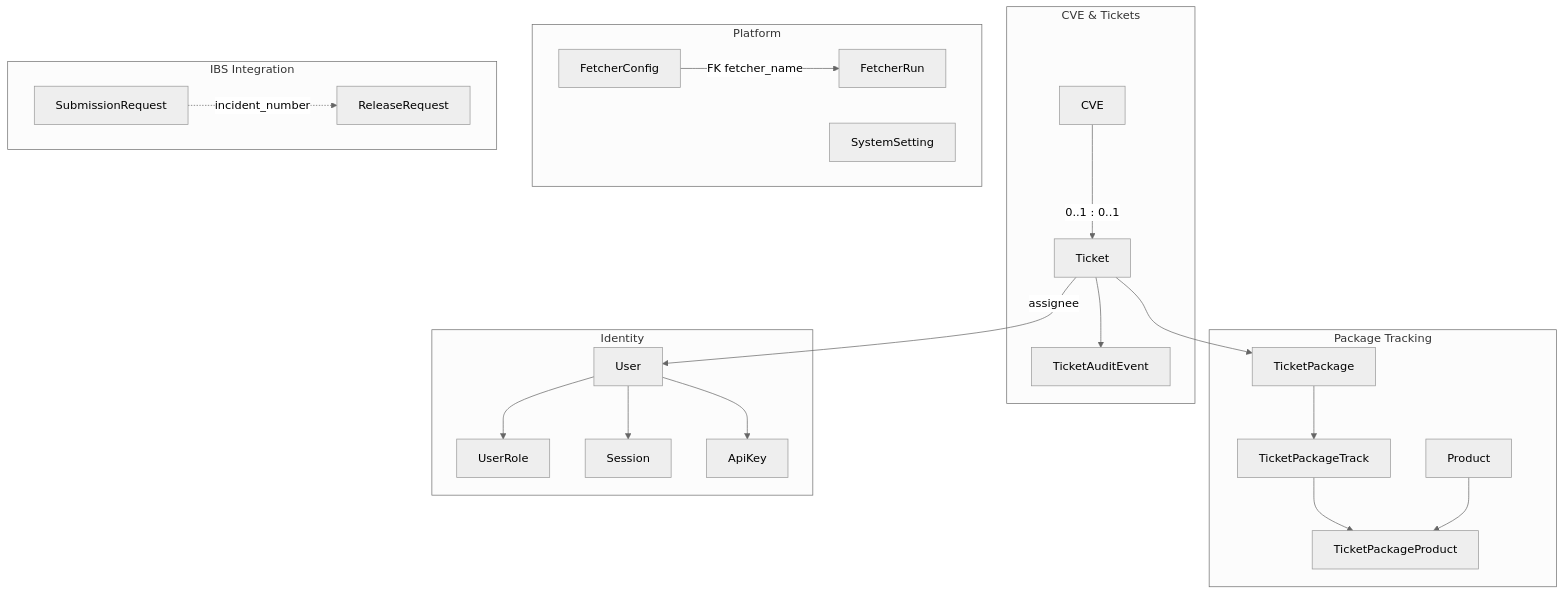
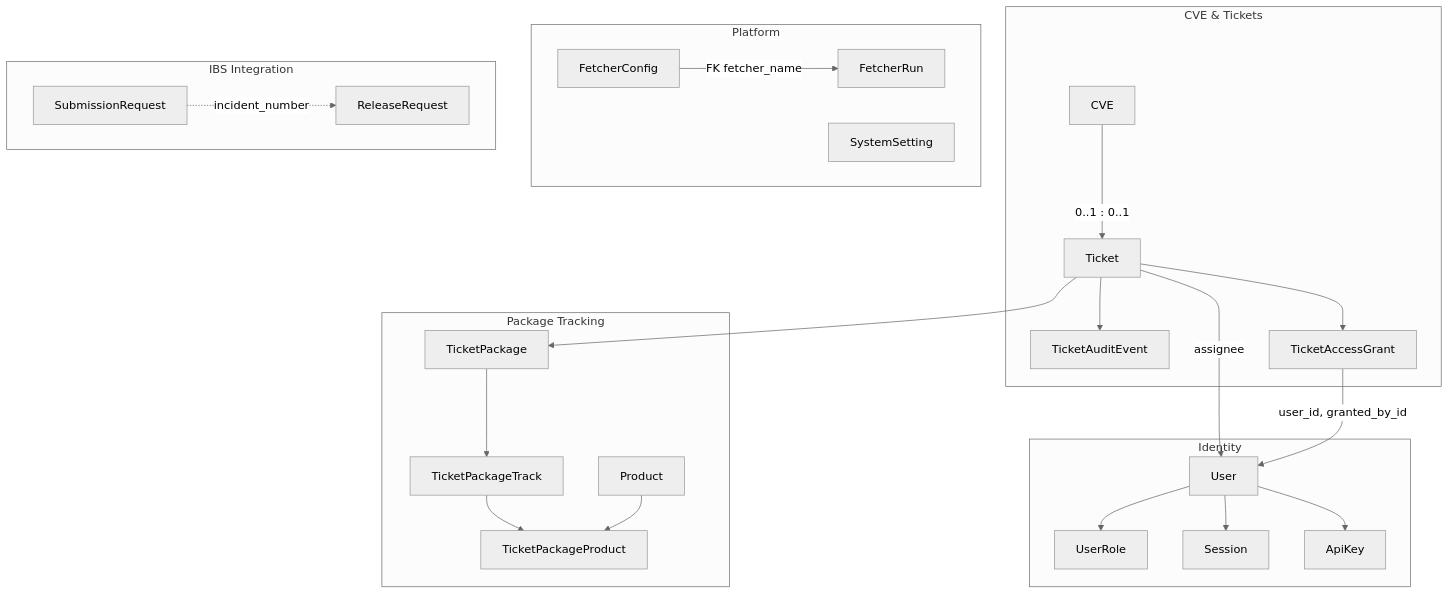
Before and after one commit to StayPirate/STAMP: the first of 6 diagrams in docs/data-model.md, drawn with Mermaid (neutral theme). The commit also changed other lines of this file and 6 other files, not shown here.

````diff
--- a/docs/data-model.md
+++ b/docs/data-model.md
@@ -20,46 +20,49 @@
 ```mermaid
 flowchart TB
     subgraph cve_tickets["CVE & Tickets"]
         CVE
         Ticket
         TicketAuditEvent
+        TicketAccessGrant
     end
 
     subgraph packages["Package Tracking"]
         TicketPackage
         TicketPackageTrack
         TicketPackageProduct
         Product
     end
 
     subgraph identity["Identity"]
         User
         UserRole
         Session
         ApiKey
     end
 
     subgraph platform["Platform"]
         FetcherConfig
         FetcherRun
         SystemSetting
     end
 
     subgraph ibs["IBS Integration"]
         SubmissionRequest
         ReleaseRequest
     end
 
     CVE -->|"0..1 : 0..1"| Ticket
     Ticket --> TicketAuditEvent
+    Ticket --> TicketAccessGrant
     Ticket --> TicketPackage
     Ticket -->|"assignee"| User
+    TicketAccessGrant -->|"user_id, granted_by_id"| User
     TicketPackage --> TicketPackageTrack
     TicketPackageTrack --> TicketPackageProduct
     Product --> TicketPackageProduct
     User --> UserRole
     User --> Session
     User --> ApiKey
     FetcherConfig -->|"FK fetcher_name"| FetcherRun
     SubmissionRequest -.->|"incident_number"| ReleaseRequest
 ```
````
